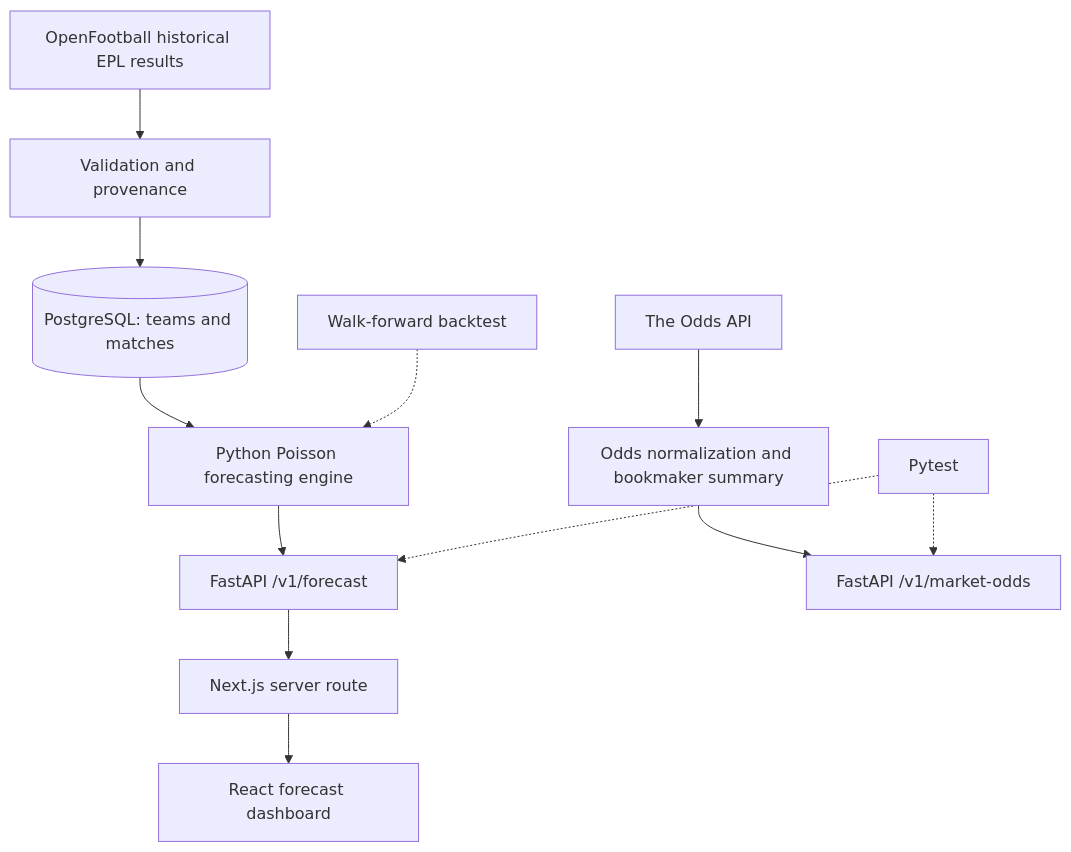
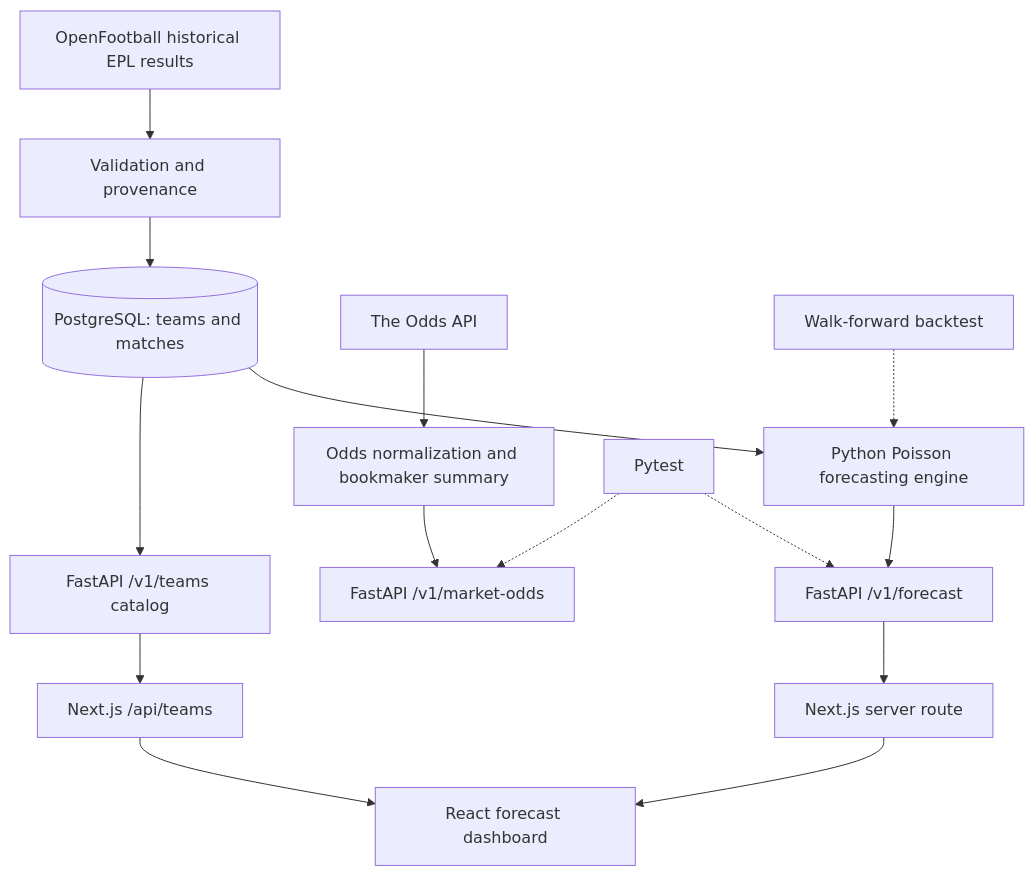
Before and after one commit to FerhatU9/AnalyzNow-AI: the first of 2 diagrams in docs/ARCHITECTURE.md, drawn with Mermaid. The commit also changed other lines of this file and 4 other files, not shown here.

````diff
--- a/docs/ARCHITECTURE.md
+++ b/docs/ARCHITECTURE.md
@@ -5,14 +5,17 @@
 ```mermaid
 flowchart TD
   A[OpenFootball historical EPL results] --> B[Validation and provenance]
   B --> C[(PostgreSQL: teams and matches)]
   C --> D[Python Poisson forecasting engine]
   D --> E[FastAPI /v1/forecast]
   E --> F[Next.js server route]
   F --> G[React forecast dashboard]
+  C --> M[FastAPI /v1/teams catalog]
+  M --> N[Next.js /api/teams]
+  N --> G
   H[The Odds API] --> I[Odds normalization and bookmaker summary]
   I --> J[FastAPI /v1/market-odds]
   K[Walk-forward backtest] -.-> D
   L[Pytest] -.-> E
   L -.-> J
 ```
````
